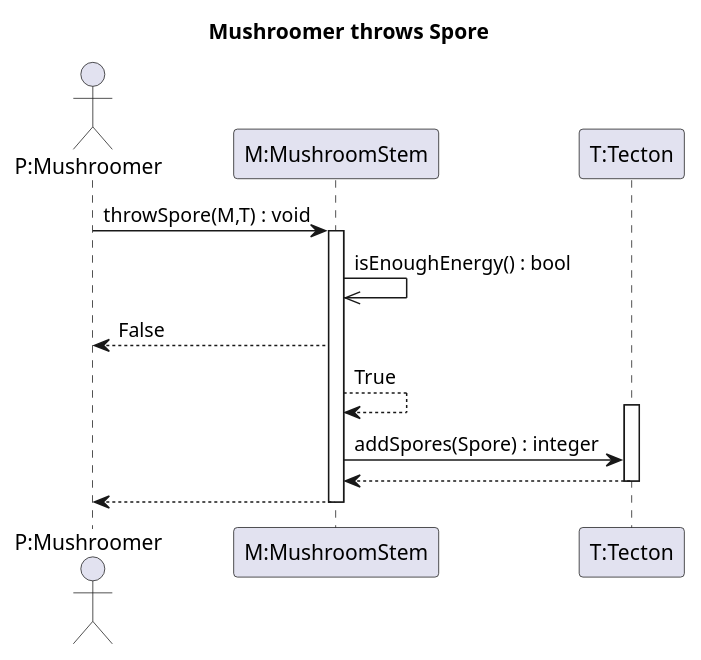
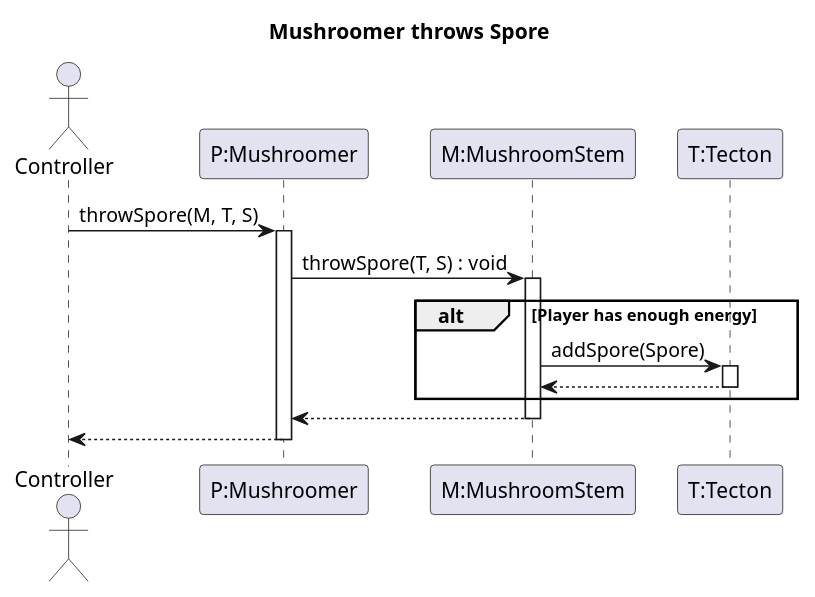
The diagram in 3/sequence/throwSpore.puml (Petya-G/fungorium), drawn with PlantUML before and after one commit. The commit also changed 1 other file, not shown here.

Commit message:
# fix throwspore diagram

```diff
--- a/3/sequence/throwSpore.puml
+++ b/3/sequence/throwSpore.puml
@@ -1,22 +1,28 @@
 @startuml throwSpore
 
 title Mushroomer throws Spore
 
-
-actor "P:Mushroomer" as P
+actor Controller
+participant "P:Mushroomer" as P
 participant "M:MushroomStem" as M
 participant "T:Tecton" as T
 
-P -> M: throwSpore(M,T) : void
+Controller -> P : throwSpore(M, T, S)
+activate P
+
+P -> M: throwSpore(T, S) : void
 activate M
-M ->> M: isEnoughEnergy() : bool
-M --> P: False
-M --> M: True
+alt Player has enough energy
+
+M -> T : addSpore(Spore)
 activate T
-M -> T : addSpores(Spore) : integer
 T --> M
 deactivate T
+end
 M --> P
 deactivate M
 
+Controller <-- P
+deactivate P
+
 @enduml
```
